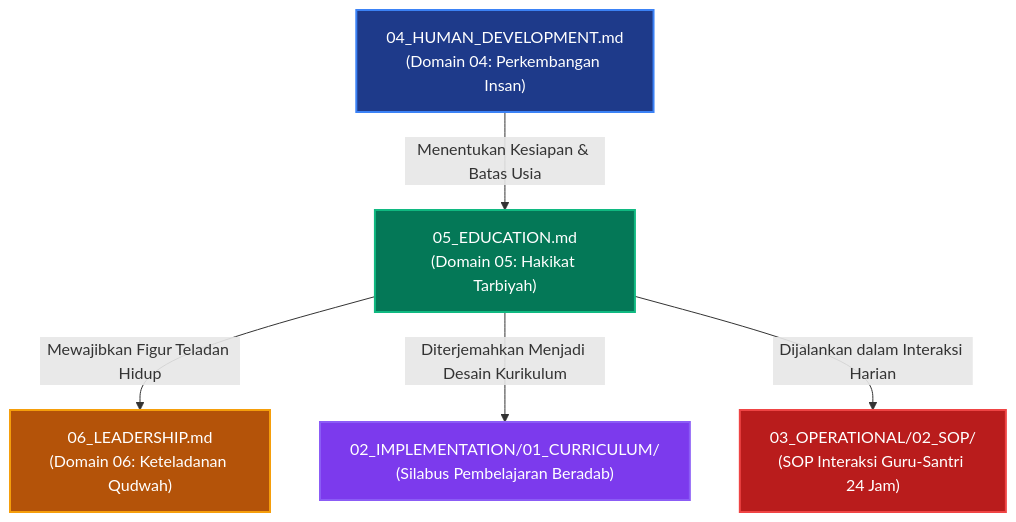
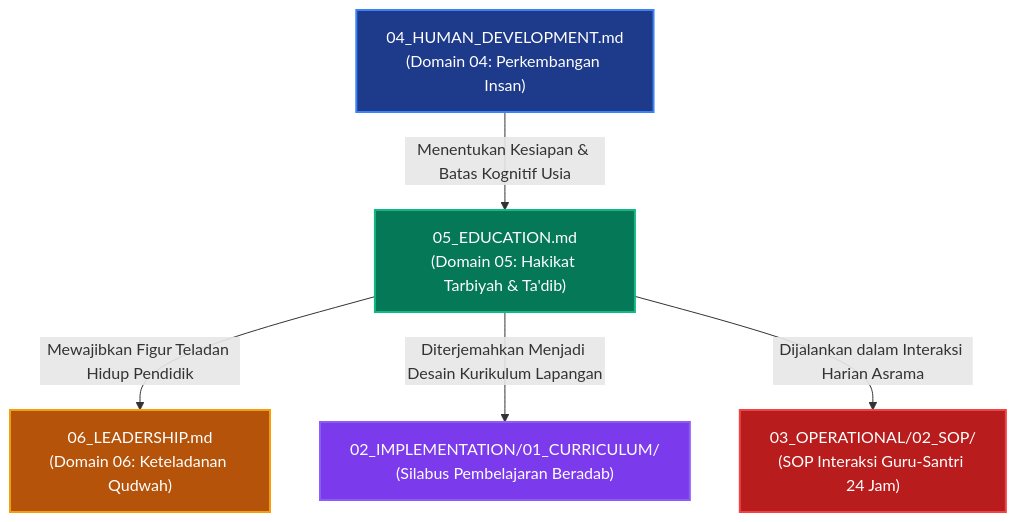
One commit to wandiapriliyandi/tumbuh changed the diagram in PROBE/PROBE_01/P00028-Mengapa-Education-Hakikat-Pendidikan-Diletakkan-Setelah-Pemahaman-Perkembangan-Insan.md. Above: the diagram before and after it, drawn with Mermaid. The commit also changed other lines of this file and 9 other files, not shown here.

````diff
--- a/PROBE/PROBE_01/P00028-Mengapa-Education-Hakikat-Pendidikan-Diletakkan-Setelah-Pemahaman-Perkembangan-Insan.md
+++ b/PROBE/PROBE_01/P00028-Mengapa-Education-Hakikat-Pendidikan-Diletakkan-Setelah-Pemahaman-Perkembangan-Insan.md
@@ -208,20 +140,20 @@
 ```mermaid
 graph TD
     classDef hdNode fill:#1e3a8a,stroke:#3b82f6,stroke-width:2px,color:#fff;
     classDef eduNode fill:#047857,stroke:#10b981,stroke-width:2px,color:#fff;
     classDef leadNode fill:#b45309,stroke:#f59e0b,stroke-width:2px,color:#fff;
     classDef currNode fill:#7c3aed,stroke:#8b5cf6,stroke-width:2px,color:#fff;
     classDef sopNode fill:#b91c1c,stroke:#ef4444,stroke-width:2px,color:#fff;
 
     HD["04_HUMAN_DEVELOPMENT.md<br/>(Domain 04: Perkembangan Insan)"]:::hdNode
-    EDU["05_EDUCATION.md<br/>(Domain 05: Hakikat Tarbiyah)"]:::eduNode
+    EDU["05_EDUCATION.md<br/>(Domain 05: Hakikat Tarbiyah & Ta'dib)"]:::eduNode
     LEAD["06_LEADERSHIP.md<br/>(Domain 06: Keteladanan Qudwah)"]:::leadNode
     
     CURR["02_IMPLEMENTATION/01_CURRICULUM/<br/>(Silabus Pembelajaran Beradab)"]:::currNode
     SOP["03_OPERATIONAL/02_SOP/<br/>(SOP Interaksi Guru-Santri 24 Jam)"]:::sopNode
 
-    HD -->|Menentukan Kesiapan & Batas Usia| EDU
-    EDU -->|Mewajibkan Figur Teladan Hidup| LEAD
-    EDU -->|Diterjemahkan Menjadi Desain Kurikulum| CURR
-    EDU -->|Dijalankan dalam Interaksi Harian| SOP
+    HD -->|Menentukan Kesiapan & Batas Kognitif Usia| EDU
+    EDU -->|Mewajibkan Figur Teladan Hidup Pendidik| LEAD
+    EDU -->|Diterjemahkan Menjadi Desain Kurikulum Lapangan| CURR
+    EDU -->|Dijalankan dalam Interaksi Harian Asrama| SOP
 ```
````
